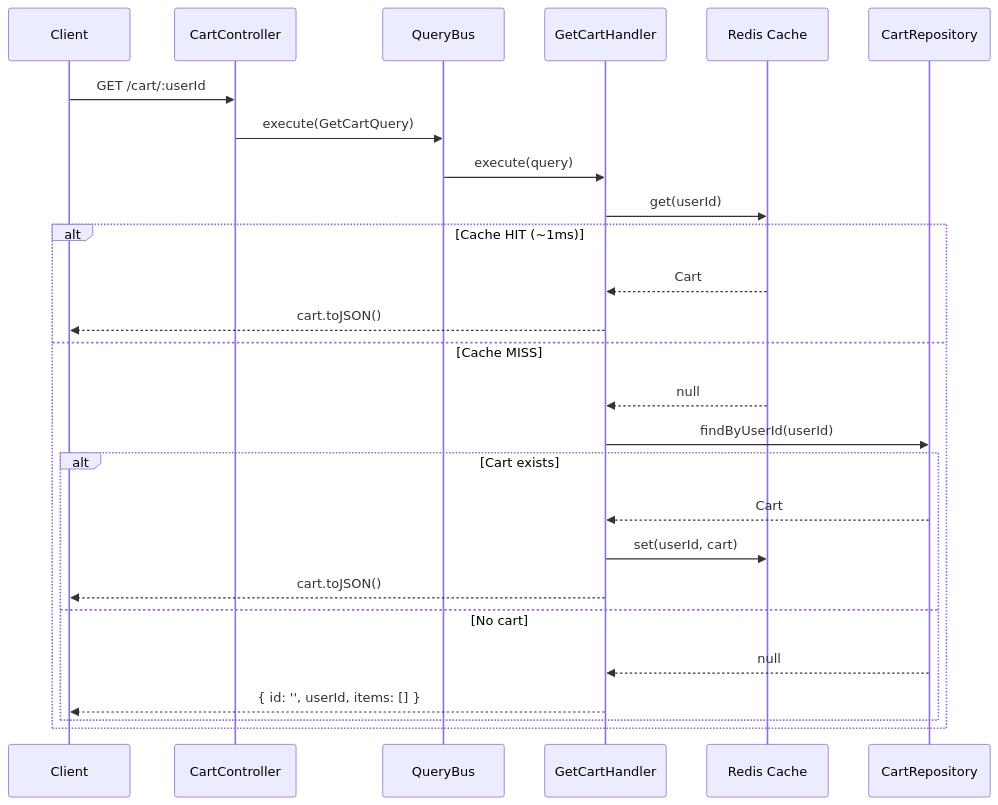
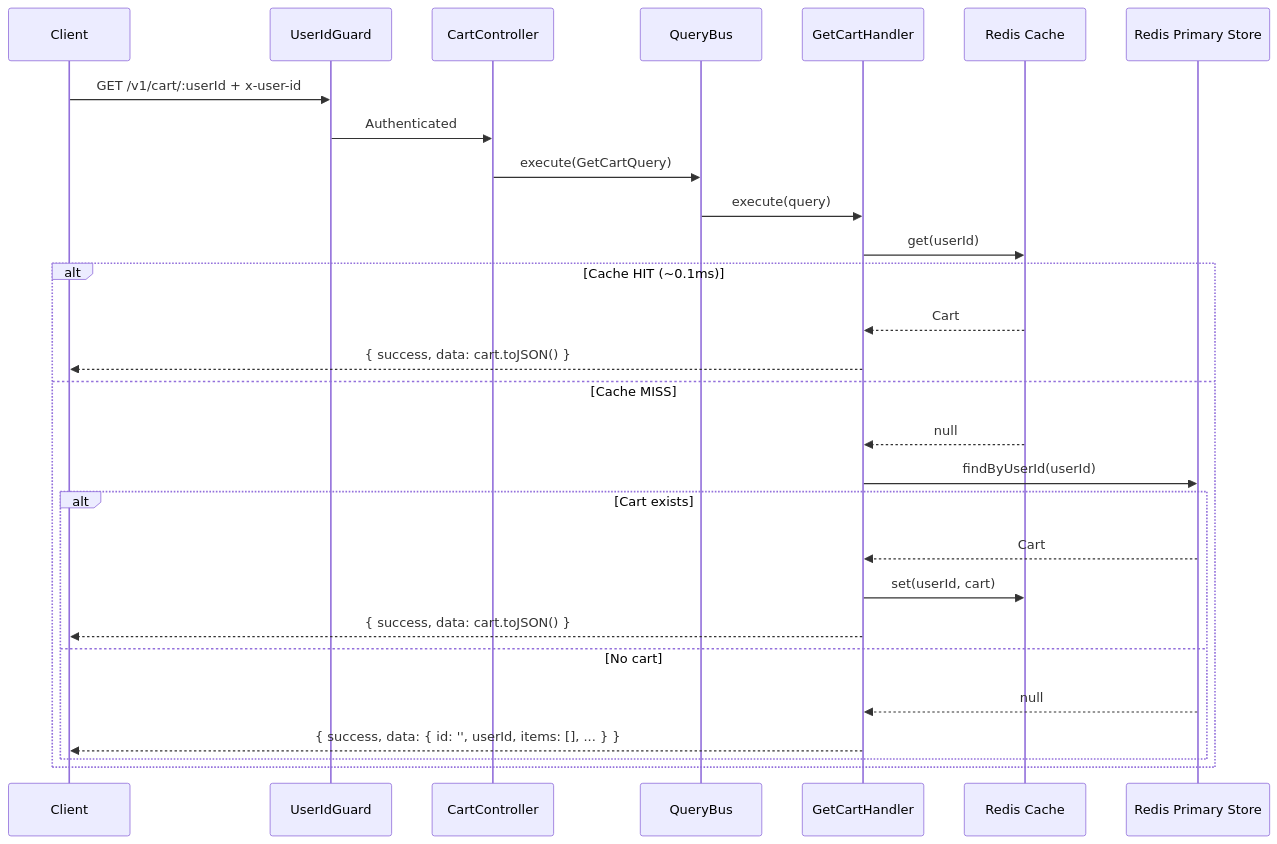
One commit to thachda0106/scalable-ecommerce-microservices changed the first of 2 diagrams in apps/cart-service/docs/cart-service-endpoints-flow.md. Above: the diagram before and after it, drawn with Mermaid. The commit also changed other lines of this file and 3 other files, not shown here.

First line of the commit message:
docs(cart-service): update README and architecture docs for production-ready state

````diff
--- a/apps/cart-service/docs/cart-service-endpoints-flow.md
+++ b/apps/cart-service/docs/cart-service-endpoints-flow.md
@@ -57,30 +96,32 @@
 ```mermaid
 sequenceDiagram
     participant Client
+    participant Guard as UserIdGuard
     participant Controller as CartController
     participant QueryBus
     participant Handler as GetCartHandler
     participant Cache as Redis Cache
-    participant Repo as CartRepository
+    participant Repo as Redis Primary Store
 
-    Client->>Controller: GET /cart/:userId
+    Client->>Guard: GET /v1/cart/:userId + x-user-id
+    Guard->>Controller: Authenticated
     Controller->>QueryBus: execute(GetCartQuery)
     QueryBus->>Handler: execute(query)
     Handler->>Cache: get(userId)
 
-    alt Cache HIT (~1ms)
+    alt Cache HIT (~0.1ms)
         Cache-->>Handler: Cart
-        Handler-->>Client: cart.toJSON()
+        Handler-->>Client: { success, data: cart.toJSON() }
     else Cache MISS
         Cache-->>Handler: null
         Handler->>Repo: findByUserId(userId)
         alt Cart exists
             Repo-->>Handler: Cart
             Handler->>Cache: set(userId, cart)
-            Handler-->>Client: cart.toJSON()
+            Handler-->>Client: { success, data: cart.toJSON() }
         else No cart
             Repo-->>Handler: null
-            Handler-->>Client: { id: '', userId, items: [] }
+            Handler-->>Client: { success, data: { id: '', userId, items: [], ... } }
         end
     end
 ```
````
